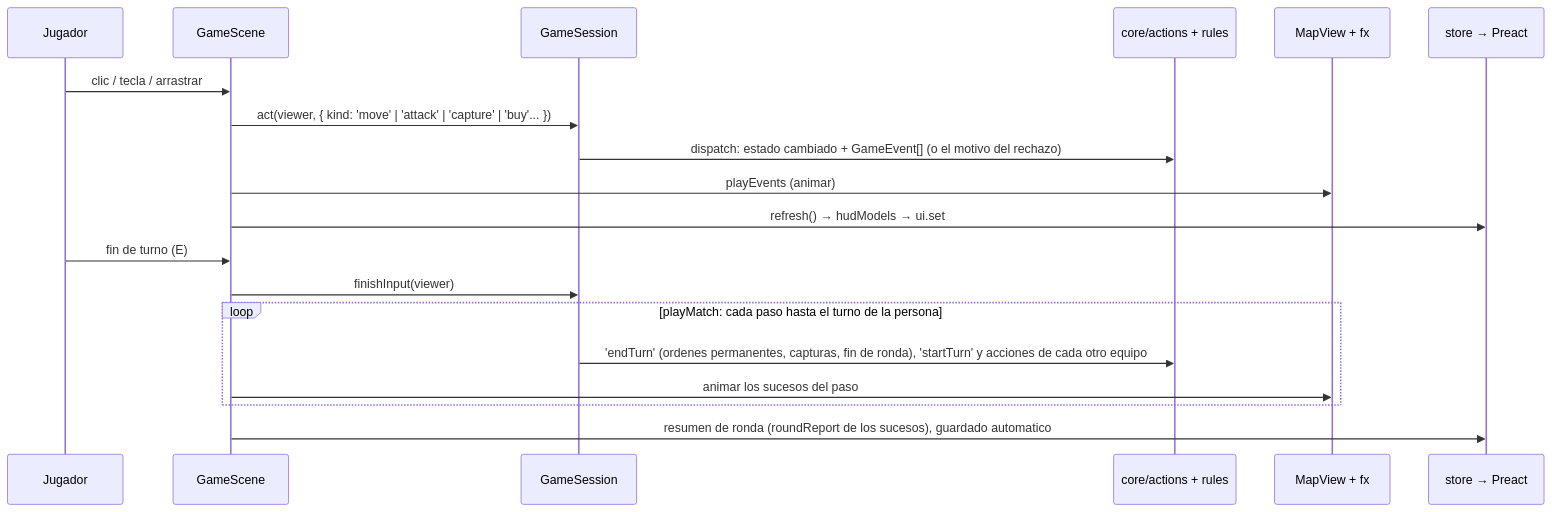
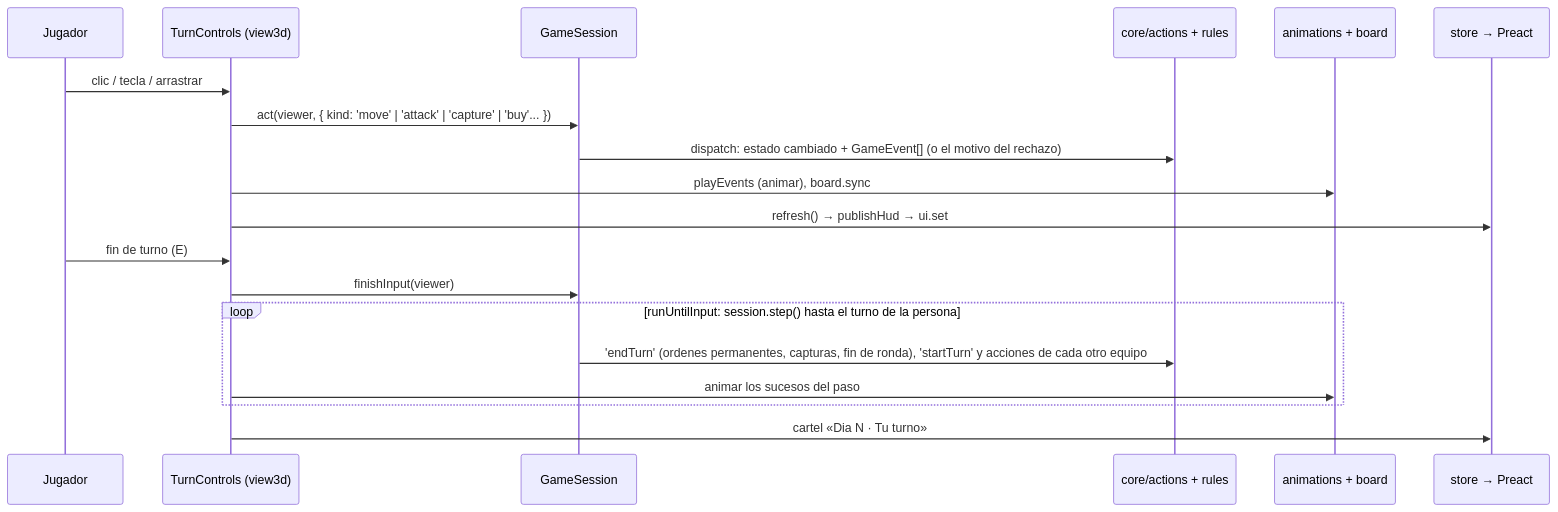
The second of 2 diagrams in docs/ARQUITECTURA.md (uSources/ilogic-remake), drawn with Mermaid before and after one commit. The commit also changed other lines of this file and 262 other files, not shown here.

````diff
--- a/docs/ARQUITECTURA.md
+++ b/docs/ARQUITECTURA.md
@@ -844,21 +833,22 @@
 ```mermaid
 sequenceDiagram
   participant J as Jugador
-  participant G as GameScene
+  participant G as TurnControls (view3d)
   participant S as GameSession
   participant R as core/actions + rules
-  participant V as MapView + fx
+  participant V as animations + board
   participant H as store → Preact
   J->>G: clic / tecla / arrastrar
   G->>S: act(viewer, { kind: 'move' | 'attack' | 'capture' | 'buy'... })
   S->>R: dispatch: estado cambiado + GameEvent[] (o el motivo del rechazo)
-  G->>V: playEvents (animar)
-  G->>H: refresh() → hudModels → ui.set
+  G->>V: playEvents (animar), board.sync
+  G->>H: refresh() → publishHud → ui.set
   J->>G: fin de turno (E)
   G->>S: finishInput(viewer)
-  loop playMatch: cada paso hasta el turno de la persona
+  loop runUntilInput: session.step() hasta el turno de la persona
     S->>R: 'endTurn' (ordenes permanentes, capturas, fin de ronda), 'startTurn' y acciones de cada otro equipo
     G->>V: animar los sucesos del paso
   end
-  G->>H: resumen de ronda (roundReport de los sucesos), guardado automatico
+  G->>H: cartel «Dia N · Tu turno»
+
 ```
````
